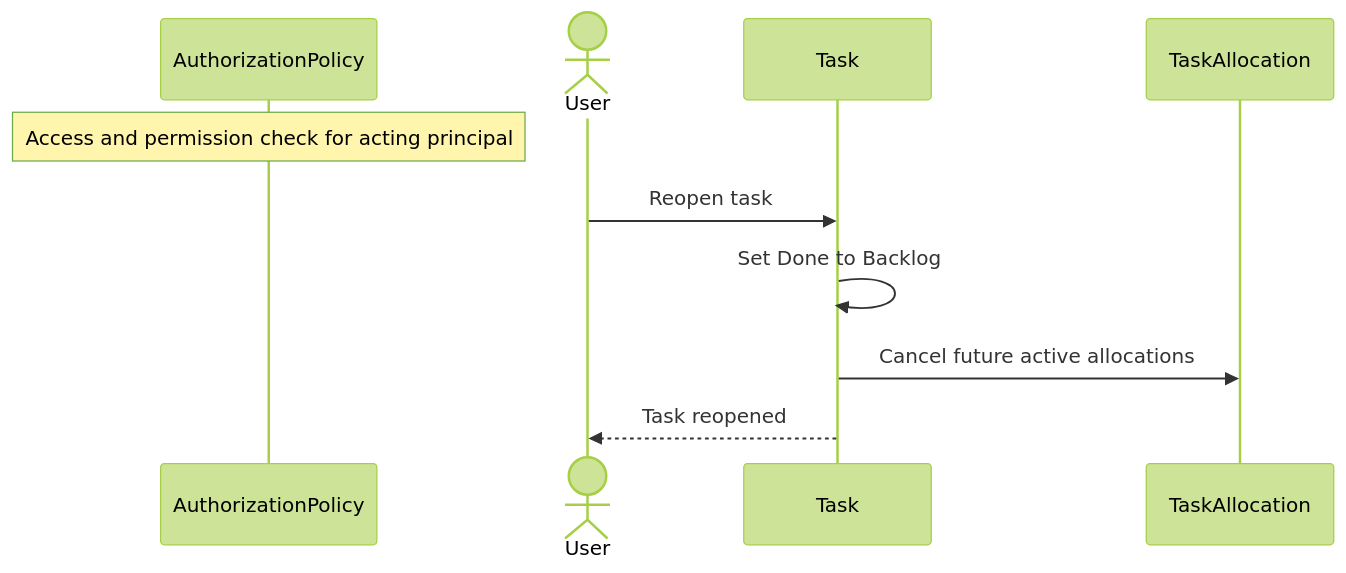
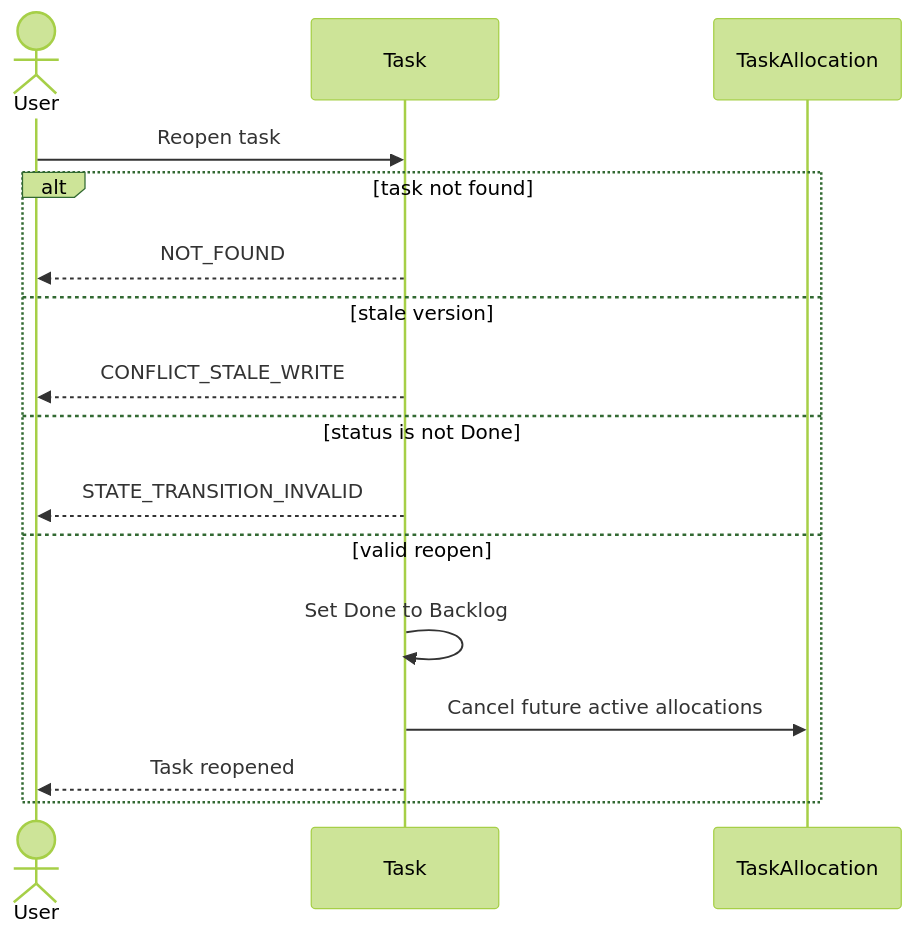
One commit to ChidiRnweke/margin changed the sixth of 15 diagrams in architecture/sequence-diagrams/03-tasks-recurrence.md. Above: the diagram before and after it, drawn with Mermaid (forest theme). The commit also changed other lines of this file and 12 other files, not shown here.

Commit message:
Enhance sequence diagrams and introduce traceability matrix

````diff
--- a/architecture/sequence-diagrams/03-tasks-recurrence.md
+++ b/architecture/sequence-diagrams/03-tasks-recurrence.md
@@ -96,12 +142,18 @@
 ```mermaid
 sequenceDiagram
-    participant G as AuthorizationPolicy
-    Note over G: Access and permission check for acting principal
     actor U as User
     participant T as Task
     participant A as TaskAllocation
     U->>T: Reopen task
-    T->>T: Set Done to Backlog
-    T->>A: Cancel future active allocations
-    T-->>U: Task reopened
+    alt task not found
+        T-->>U: NOT_FOUND
+    else stale version
+        T-->>U: CONFLICT_STALE_WRITE
+    else status is not Done
+        T-->>U: STATE_TRANSITION_INVALID
+    else valid reopen
+        T->>T: Set Done to Backlog
+        T->>A: Cancel future active allocations
+        T-->>U: Task reopened
+    end
 ```
````
